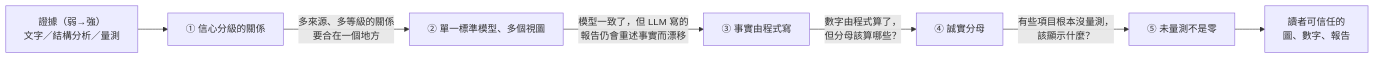
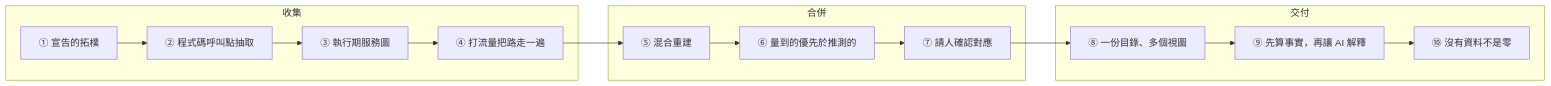
Before and after one commit to ANYuu531/ChatOps4Msa-Pipeline: the diagram in docs/asianplop-paper-zh.md, drawn with Mermaid. The commit also changed other lines of this file and 36 other files, not shown here.

````diff
--- a/docs/asianplop-paper-zh.md
+++ b/docs/asianplop-paper-zh.md
@@ -161,9 +125,18 @@
 ```mermaid
 flowchart LR
-    E["證據（弱→強）<br/>文字／結構分析／量測"] --> P1
-    P1["① 信心分級的關係"] -->|"多來源、多等級的關係<br/>要合在一個地方"| P2
-    P2["② 單一標準模型、多個視圖"] -->|"模型一致了，但 LLM 寫的<br/>報告仍會重述事實而漂移"| P3
-    P3["③ 事實由程式寫"] -->|"數字由程式算了，<br/>但分母該算哪些？"| P4
-    P4["④ 誠實分母"] -->|"有些項目根本沒量測，<br/>該顯示什麼？"| P5
-    P5["⑤ 未量測不是零"] --> V["讀者可信任的<br/>圖、數字、報告"]
+    subgraph A["收集"]
+      P1["① 宣告的拓樸"] --> P2["② 程式碼呼叫點抽取"]
+      P2 --> P3["③ 執行期服務圖"]
+      P3 --> P4["④ 打流量把路走一遍"]
+    end
+    subgraph B["合併"]
+      P5["⑤ 混合重建"] --> P6["⑥ 量到的優先於推測的"]
+      P6 --> P7["⑦ 請人確認對應"]
+    end
+    subgraph C["交付"]
+      P8["⑧ 一份目錄、多個視圖"] --> P9["⑨ 先算事實，再讓 AI 解釋"]
+      P9 --> P10["⑩ 沒有資料不是零"]
+    end
+    P4 --> P5
+    P7 --> P8
 ```
````
